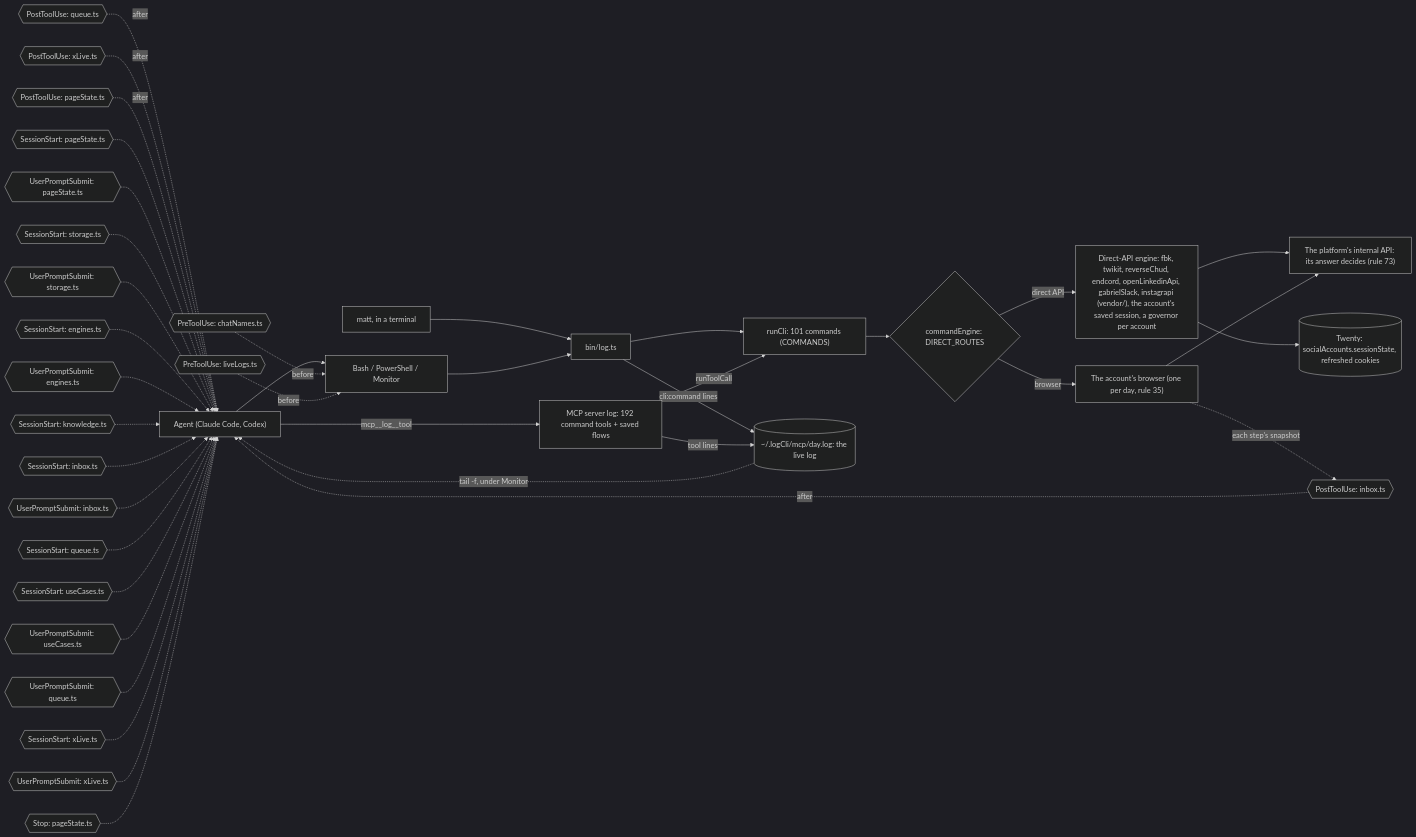
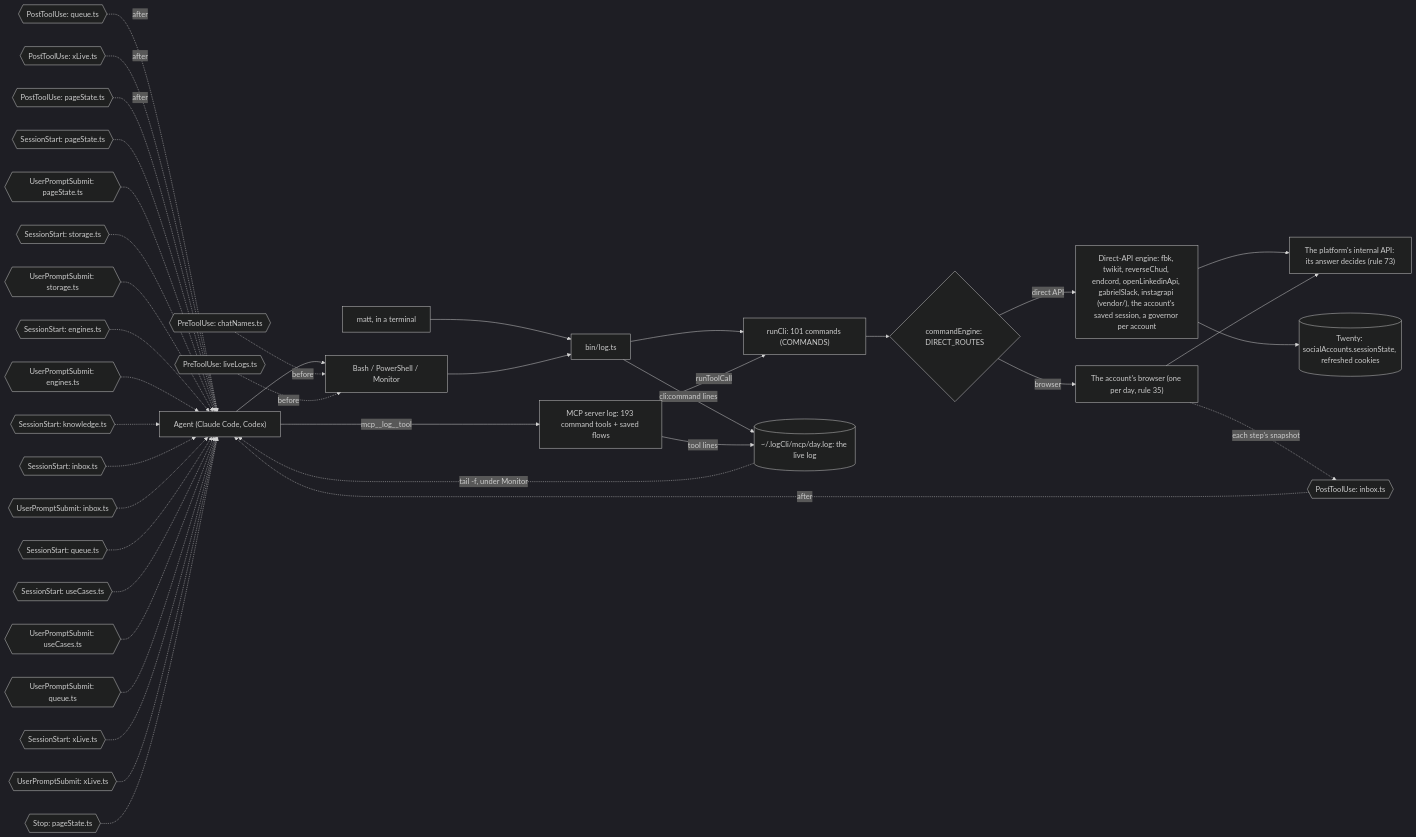
The diagram in docs/diagrams/surface.mmd (matthewdonsemail-lab/log), drawn with Mermaid (dark theme) before and after one commit. The commit also changed 40 other files, not shown here.

```diff
--- a/docs/diagrams/surface.mmd
+++ b/docs/diagrams/surface.mmd
@@ -1,53 +1,53 @@
 %% How a call reaches log-cli. From a shell or over MCP, both run the same commands through `runCli`, write the same live log, and pass through the same hooks. `commandEngine` sends each command to the platform's direct API or to the account's browser.
 %% Written by `bun run docs:build` from the code (rule 56). Not edited by hand.
 flowchart LR
   agent["Agent (Claude Code, Codex)"]
   matt["matt, in a terminal"]
   shell["Bash / PowerShell / Monitor"]
-  mcp["MCP server log: 192 command tools + saved flows"]
+  mcp["MCP server log: 193 command tools + saved flows"]
   bin["bin/log.ts"]
   runCli["runCli: 101 commands (COMMANDS)"]
   live[("~/.logCli/mcp/day.log: the live log")]
   engine{"commandEngine: DIRECT_ROUTES"}
   direct["Direct-API engine: fbk, twikit, reverseChud, endcord, openLinkedinApi, gabrielSlack, instagrapi (vendor/), the account's saved session, a governor per account"]
   browser["The account's browser (one per day, rule 35)"]
   api["The platform's internal API: its answer decides (rule 73)"]
   twenty[("Twenty: socialAccounts.sessionState, refreshed cookies")]
   agent --> shell
   matt --> bin
   shell --> bin
   agent -->|mcp__log__tool| mcp
   bin --> runCli
   mcp -->|runToolCall| runCli
   runCli --> engine
   engine -->|direct API| direct
   engine -->|browser| browser
   direct --> api
   browser --> api
   direct --> twenty
   bin -->|cli:command lines| live
   mcp -->|tool lines| live
   live -.->|tail -f, under Monitor| agent
   pre0{{"PreToolUse: chatNames.ts"}} -.->|before| shell
   pre1{{"PreToolUse: liveLogs.ts"}} -.->|before| shell
   post0{{"PostToolUse: inbox.ts"}} -.->|after| agent
   post1{{"PostToolUse: queue.ts"}} -.->|after| agent
   post2{{"PostToolUse: xLive.ts"}} -.->|after| agent
   post3{{"PostToolUse: pageState.ts"}} -.->|after| agent
   turn0{{"SessionStart: pageState.ts"}} -.-> agent
   turn1{{"UserPromptSubmit: pageState.ts"}} -.-> agent
   turn2{{"SessionStart: storage.ts"}} -.-> agent
   turn3{{"UserPromptSubmit: storage.ts"}} -.-> agent
   turn4{{"SessionStart: engines.ts"}} -.-> agent
   turn5{{"UserPromptSubmit: engines.ts"}} -.-> agent
   turn6{{"SessionStart: knowledge.ts"}} -.-> agent
   turn7{{"SessionStart: inbox.ts"}} -.-> agent
   turn8{{"UserPromptSubmit: inbox.ts"}} -.-> agent
   turn9{{"SessionStart: queue.ts"}} -.-> agent
   turn10{{"SessionStart: useCases.ts"}} -.-> agent
   turn11{{"UserPromptSubmit: useCases.ts"}} -.-> agent
   turn12{{"UserPromptSubmit: queue.ts"}} -.-> agent
   turn13{{"SessionStart: xLive.ts"}} -.-> agent
   turn14{{"UserPromptSubmit: xLive.ts"}} -.-> agent
   turn15{{"Stop: pageState.ts"}} -.-> agent
   browser -.->|each step's snapshot| post0
```
